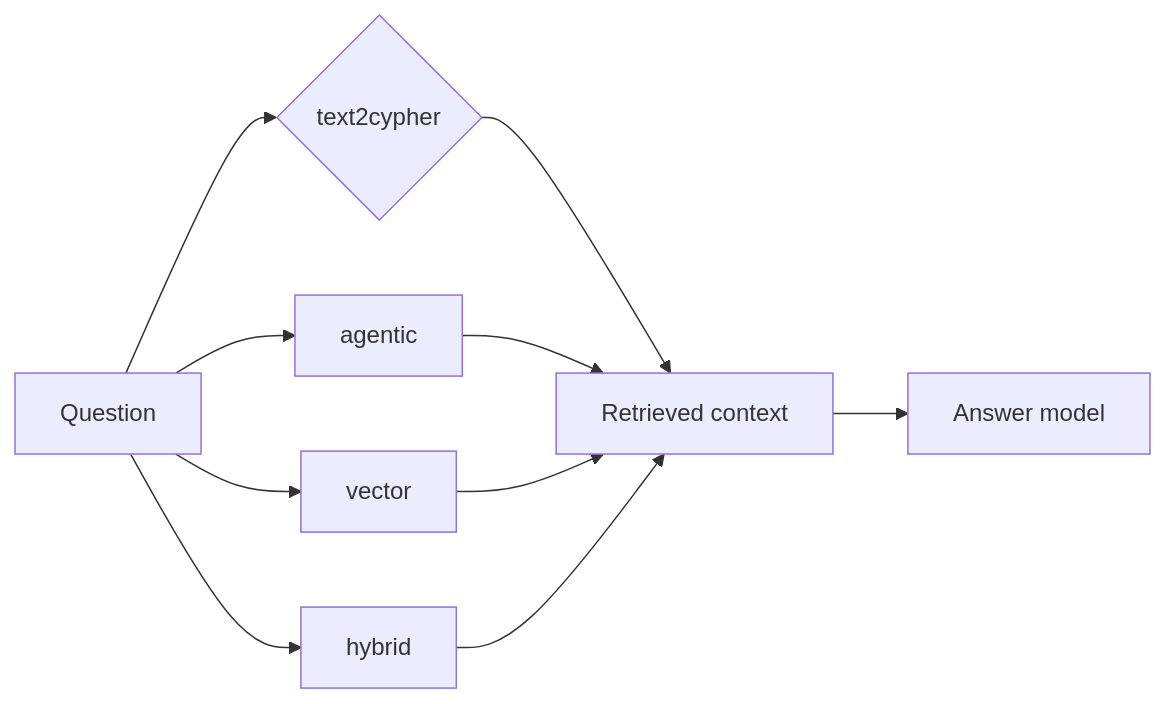
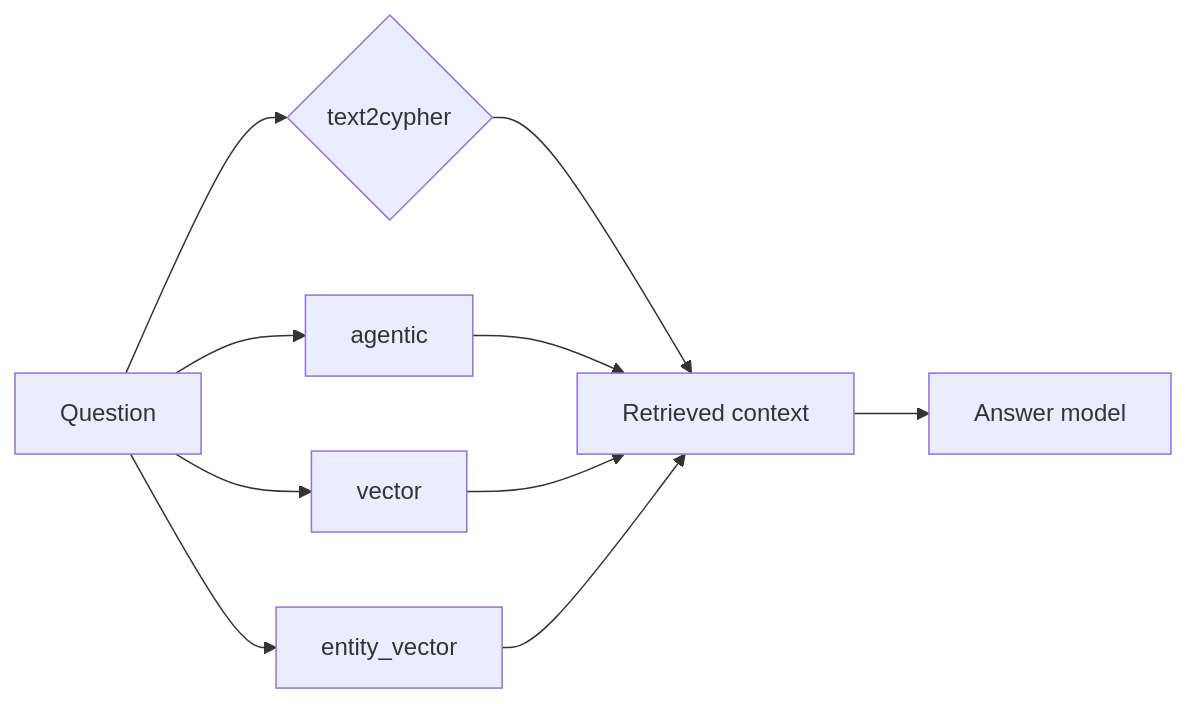
The third of 4 diagrams in docs/README.md (udit19199/RecRAG), drawn with Mermaid before and after one commit. The commit also changed other lines of this file and 15 other files, not shown here.

Commit message:
Replace hybrid retrieval with entity-vector retrieval

````diff
--- a/docs/README.md
+++ b/docs/README.md
@@ -78,12 +78,12 @@
 ```mermaid
 flowchart LR
     A[Question] --> B{text2cypher}
     A --> C[agentic]
     A --> D[vector]
-    A --> E[hybrid]
+    A --> E[entity_vector]
     B --> F[Retrieved context]
     C --> F
     D --> F
     E --> F
     F --> G[Answer model]
 ```
````
